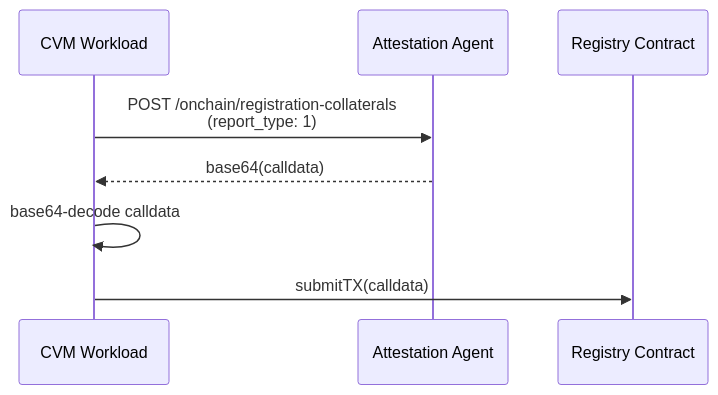
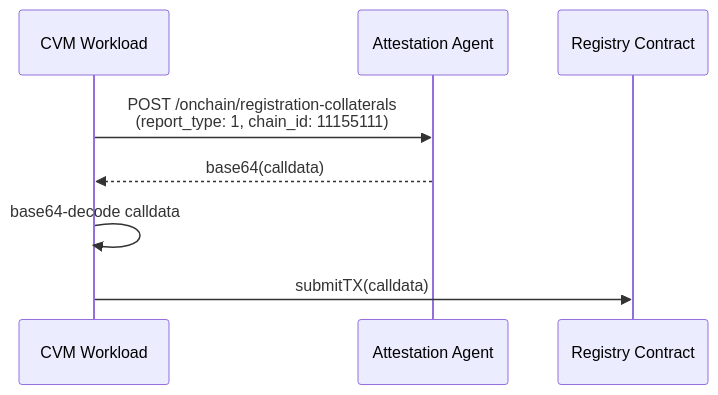
Before and after one commit to nuconstruct-ltd/automata-linux: the second of 6 diagrams in docs/onchain-workflows.md, drawn with Mermaid. The commit also changed other lines of this file and 1 other file, not shown here.

Commit message:
Update onchain api

````diff
--- a/docs/onchain-workflows.md
+++ b/docs/onchain-workflows.md
@@ -30,11 +30,11 @@
 ```mermaid
 sequenceDiagram
     participant CVM as CVM Workload
     participant AA as Attestation Agent
     participant RC as Registry Contract
 
-    CVM->>AA: POST /onchain/registration-collaterals <br/> (report_type: 1)
+    CVM->>AA: POST /onchain/registration-collaterals <br/> (report_type: 1, chain_id: 11155111)
     AA-->>CVM: base64(calldata)
     CVM->>CVM: base64-decode calldata
     CVM->>RC: submitTX(calldata)
 ```
````
